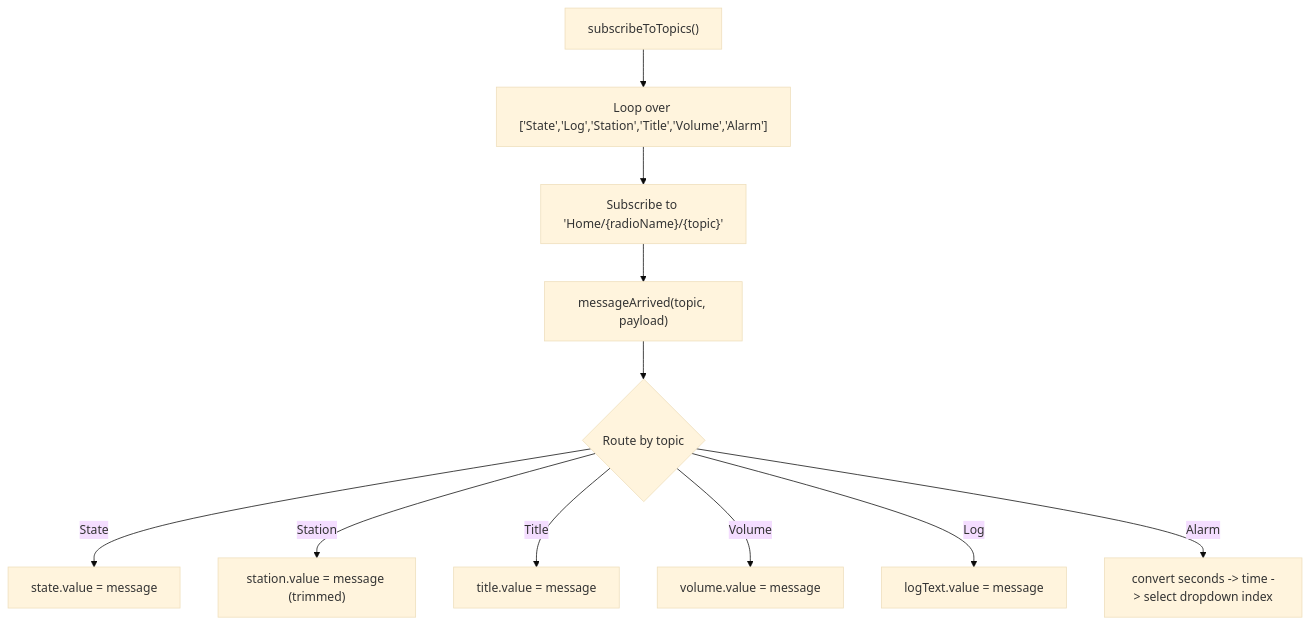
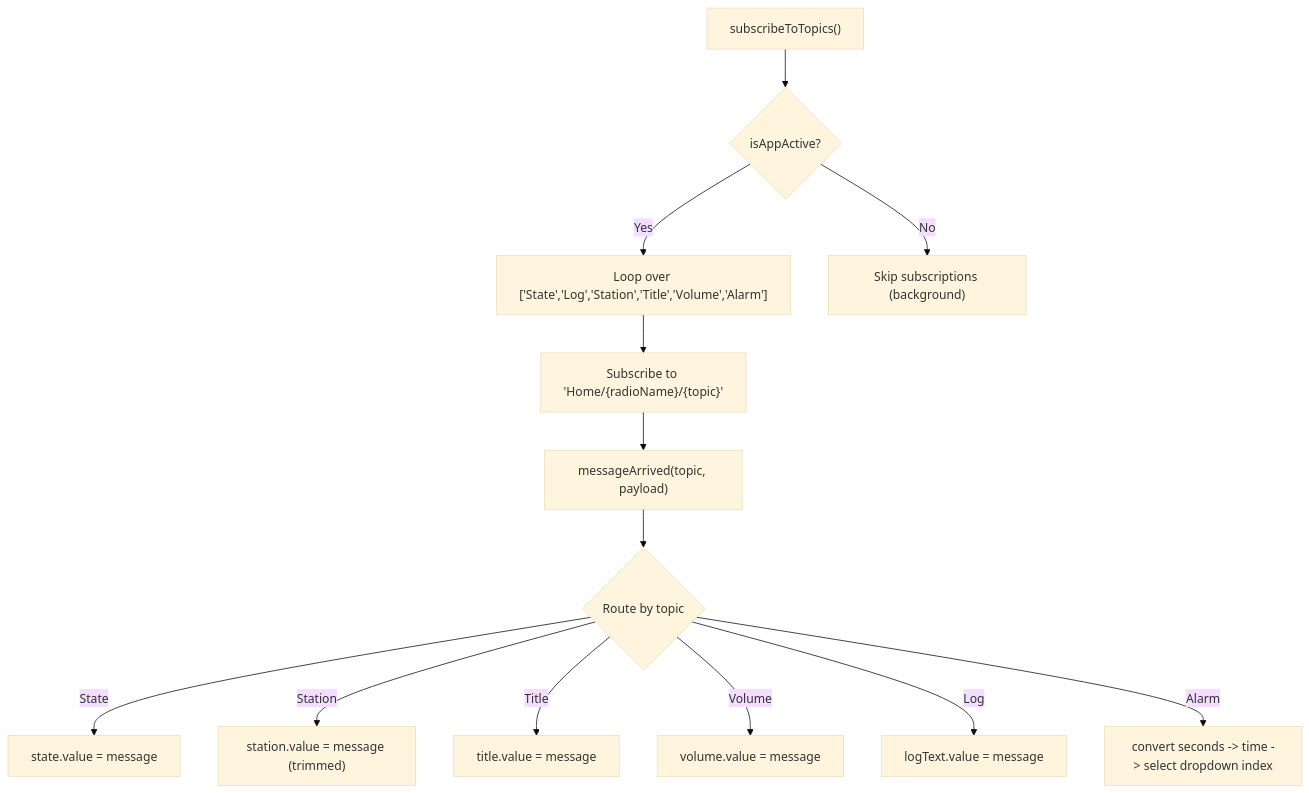
Before and after one commit to dip16igor/Webradio: the fourth of 7 diagrams in .qoder/repowiki/en/content/Android Application/MQTT Communication Layer.md, drawn with Mermaid (base theme). The commit also changed other lines of this file and 2 other files, not shown here.

````diff
--- a/.qoder/repowiki/en/content/Android Application/MQTT Communication Layer.md
+++ b/.qoder/repowiki/en/content/Android Application/MQTT Communication Layer.md
@@ -147,13 +174,15 @@
 ```mermaid
 flowchart TD
-Sub["subscribeToTopics()"] --> Loop["Loop over ['State','Log','Station','Title','Volume','Alarm']"]
+Sub["subscribeToTopics()"] --> CheckState{"isAppActive?"}
+CheckState --> |Yes| Loop["Loop over ['State','Log','Station','Title','Volume','Alarm']"]
+CheckState --> |No| Skip["Skip subscriptions (background)"]
 Loop --> Topic["Subscribe to 'Home/{radioName}/{topic}'"]
 Topic --> Msg["messageArrived(topic, payload)"]
 Msg --> Route{"Route by topic"}
 Route --> |State| S["state.value = message"]
 Route --> |Station| St["station.value = message (trimmed)"]
 Route --> |Title| T["title.value = message"]
 Route --> |Volume| V["volume.value = message"]
 Route --> |Log| L["logText.value = message"]
 Route --> |Alarm| A["convert seconds -> time -> select dropdown index"]
 ```
````
